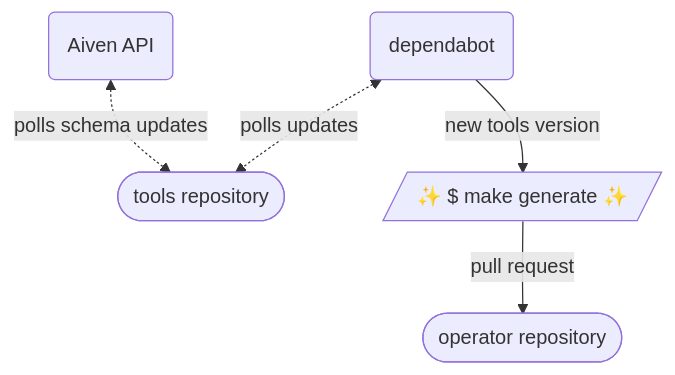
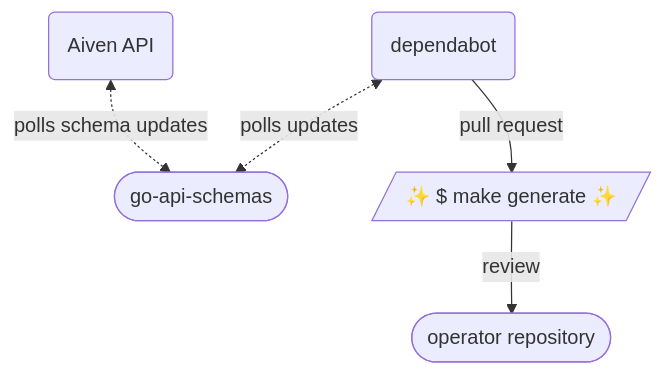
One commit to aiven/aiven-operator changed the first of 2 diagrams in docs/docs/contributing/resource-generation.md. Above: the diagram before and after it, drawn with Mermaid. The commit also changed other lines of this file and 30 other files, not shown here.

Commit message:
feat(helm): add charts generator

````diff
--- a/docs/docs/contributing/resource-generation.md
+++ b/docs/docs/contributing/resource-generation.md
@@ -23,7 +23,7 @@
 ```mermaid
 flowchart TB
-    API(Aiven API) <-.->|polls schema updates| Tools([tools repository])
-    Bot(dependabot) <-.->|polls updates| Tools 
-    Bot-->|new tools version|UpdateOP[/"✨ $ make generate ✨"/]
-    UpdateOP-->|pull request| OP([operator repository])
+    API(Aiven API) <-.->|polls schema updates| Schema([go-api-schemas])
+    Bot(dependabot) <-.->|polls updates| Schema 
+    Bot-->|pull request|UpdateOP[/"✨ $ make generate ✨"/]
+    UpdateOP-->|review| OP([operator repository])
 ```
````
